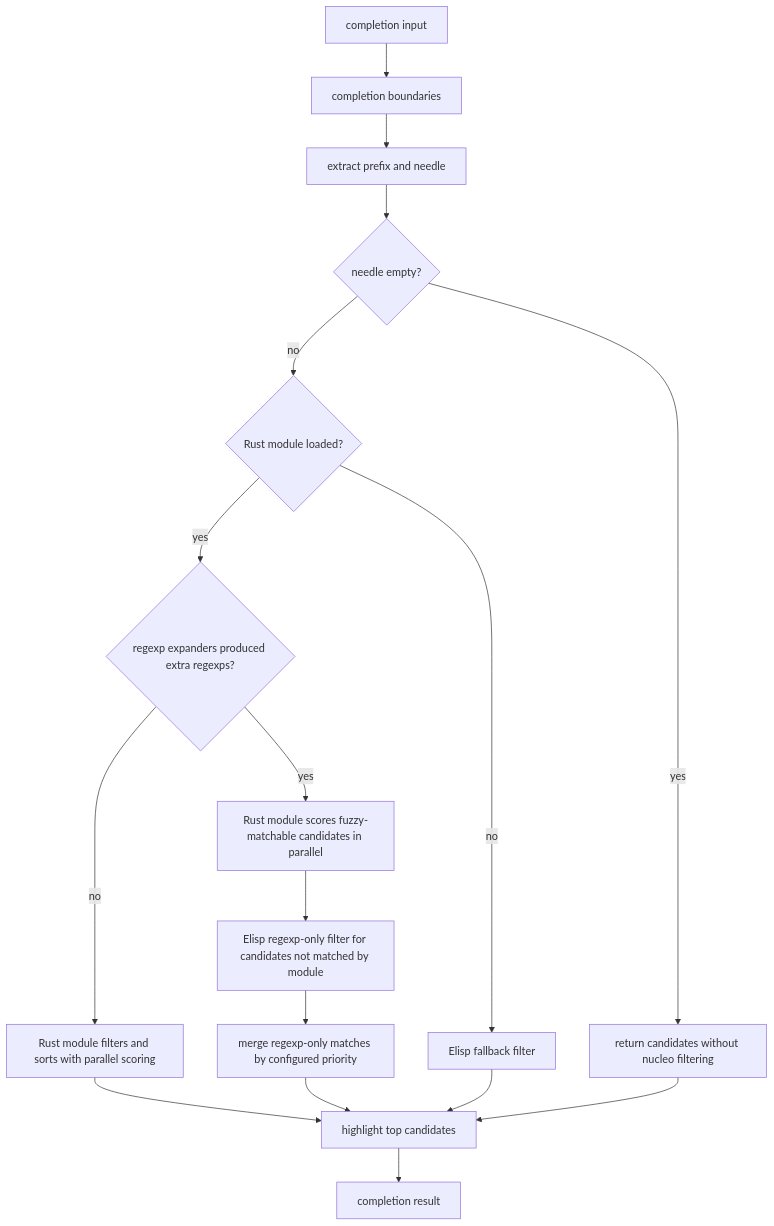
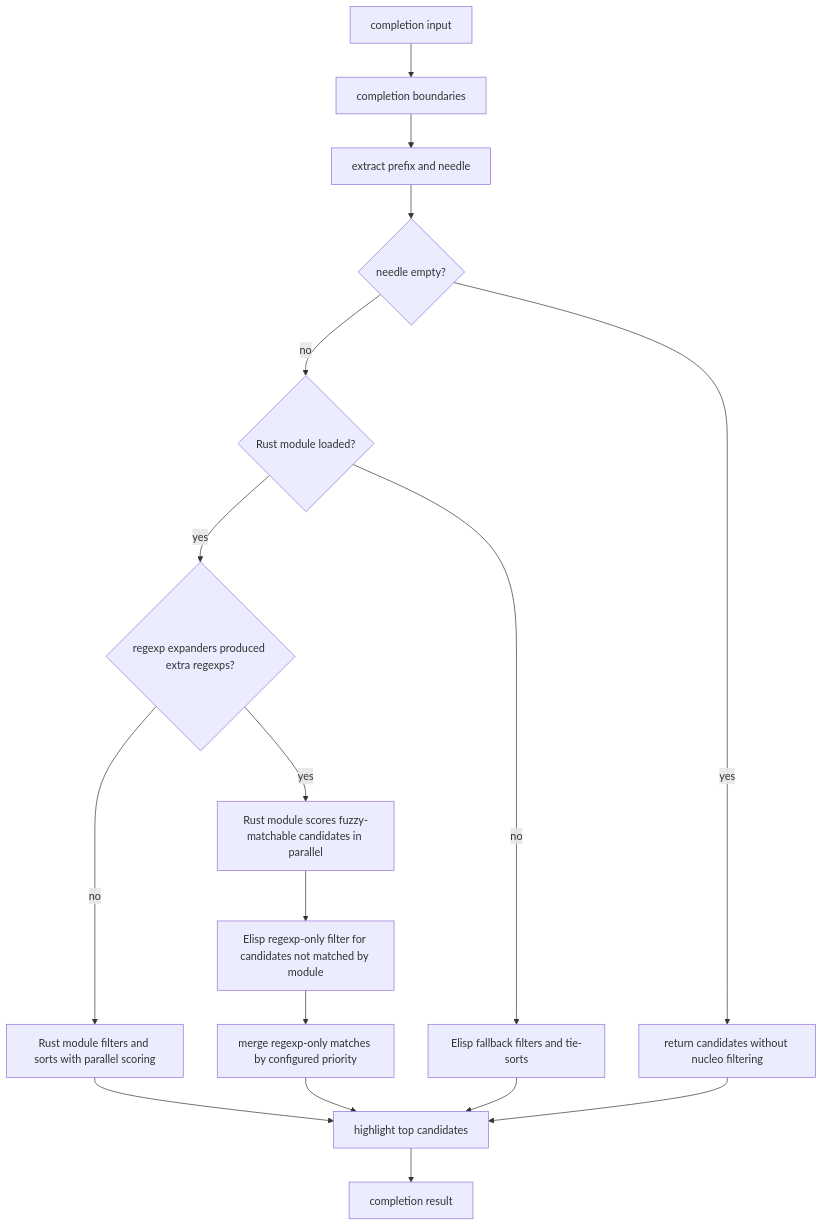
Before and after one commit to emacsmirror/nucleo-completion: the diagram in spec/nucleo-completion.org, drawn with Mermaid. The commit also changed other lines of this file and 3 other files, not shown here.

Commit message:
Support fallback tie sorting

```diff
--- a/spec/nucleo-completion.org
+++ b/spec/nucleo-completion.org
@@ -186,19 +189,19 @@
 #+begin_src mermaid
   flowchart TD
       A[completion input] --> B[completion boundaries]
       B --> C[extract prefix and needle]
       C --> D{needle empty?}
       D -->|yes| E[return candidates without nucleo filtering]
       D -->|no| F{Rust module loaded?}
       F -->|yes| G{regexp expanders produced extra regexps?}
       G -->|yes| H[Rust module scores fuzzy-matchable candidates in parallel]
       H --> I[Elisp regexp-only filter for candidates not matched by module]
       I --> J[merge regexp-only matches by configured priority]
       G -->|no| K[Rust module filters and sorts with parallel scoring]
-      F -->|no| L[Elisp fallback filter]
+      F -->|no| L[Elisp fallback filters and tie-sorts]
       K --> M[highlight top candidates]
       J --> M
       L --> M
       E --> M
       M --> N[completion result]
 #+end_src
```
